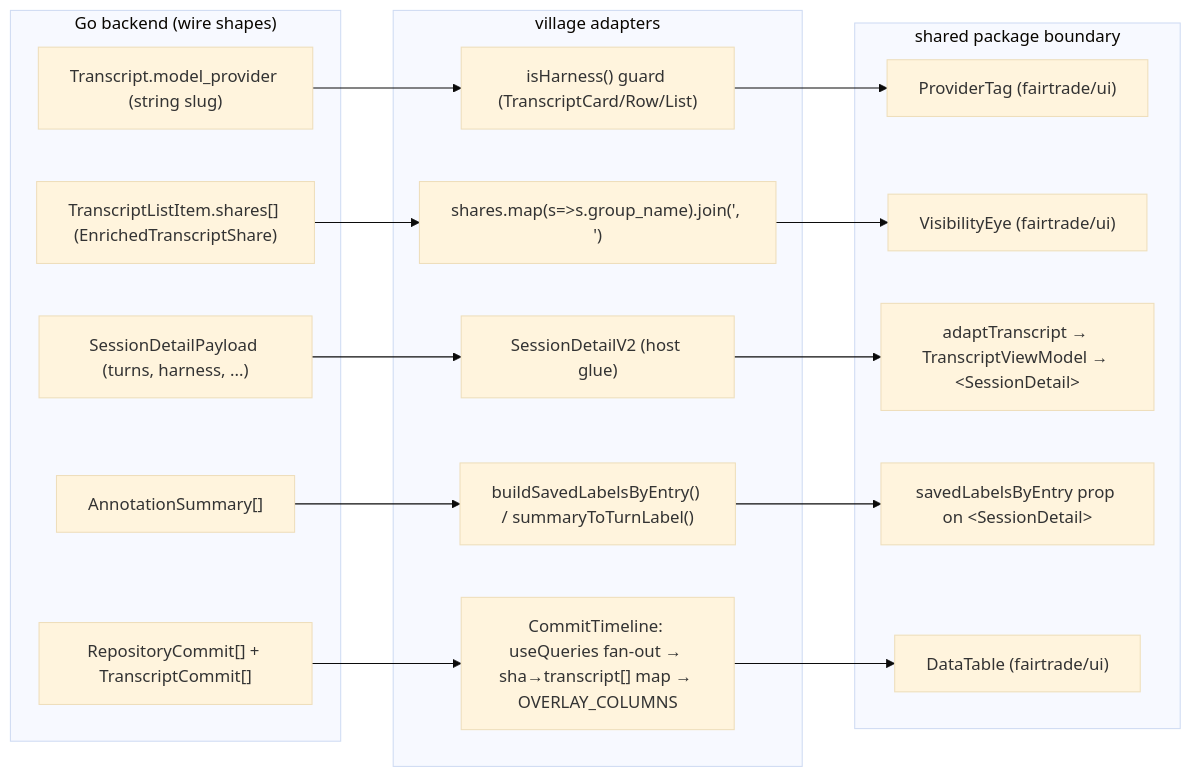
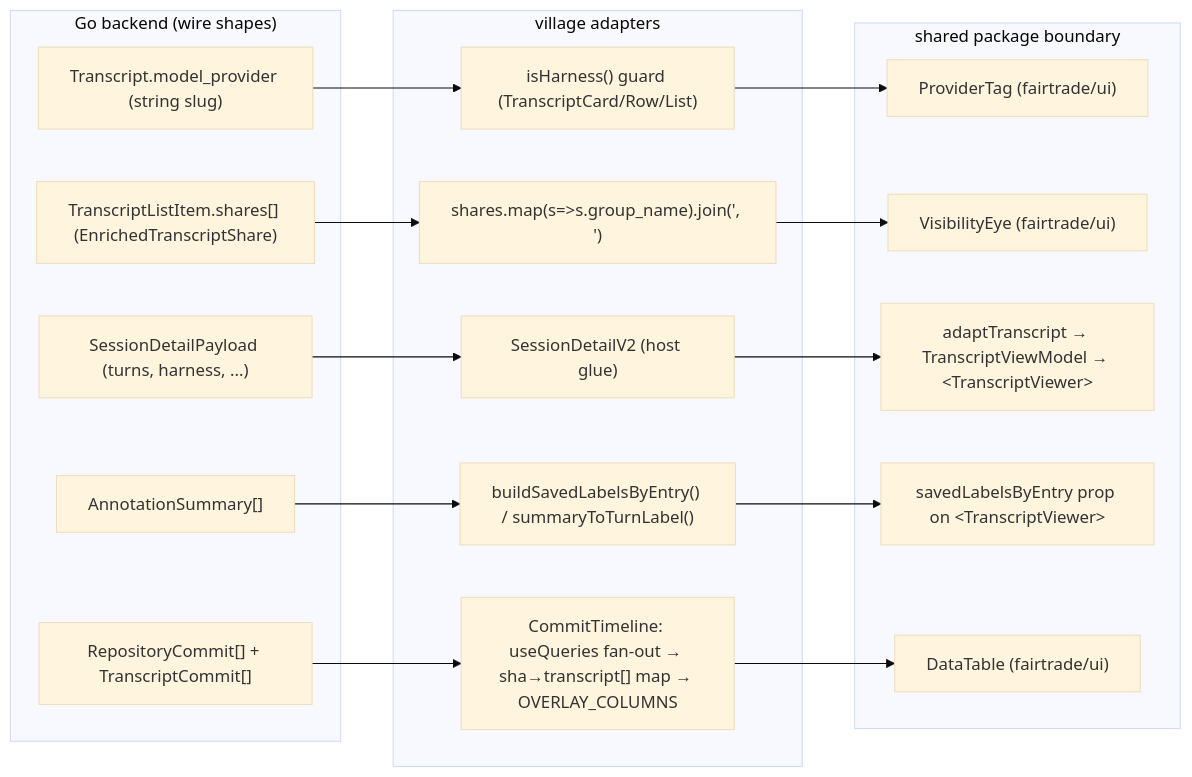
Before and after one commit to peasant-labs/village: the third of 3 diagrams in frontend/docs/data-binding.md, drawn with Mermaid (base theme). The commit also changed other lines of this file and 22 other files, not shown here.

First line of the commit message:
refactor(frontend): import the transcript graph and TurnLabel from fairtrade 0.0.18 (#77)

````diff
--- a/frontend/docs/data-binding.md
+++ b/frontend/docs/data-binding.md
@@ -150,32 +153,32 @@
 ```mermaid
 flowchart LR
   subgraph be["Go backend (wire shapes)"]
     w1["Transcript.model_provider (string slug)"]
     w2["TranscriptListItem.shares[] (EnrichedTranscriptShare)"]
     w3["SessionDetailPayload (turns, harness, ...)"]
     w4["AnnotationSummary[]"]
     w5["RepositoryCommit[] + TranscriptCommit[]"]
   end
 
   subgraph village["village adapters"]
     a1["isHarness() guard (TranscriptCard/Row/List)"]
     a2["shares.map(s=>s.group_name).join(', ')"]
     a3["SessionDetailV2 (host glue)"]
     a4["buildSavedLabelsByEntry() / summaryToTurnLabel()"]
     a5["CommitTimeline: useQueries fan-out → sha→transcript[] map → OVERLAY_COLUMNS"]
   end
 
   subgraph shared["shared package boundary"]
     p1["ProviderTag (fairtrade/ui)"]
     p2["VisibilityEye (fairtrade/ui)"]
-    p3["adaptTranscript → TranscriptViewModel → &lt;SessionDetail&gt;"]
-    p4["savedLabelsByEntry prop on &lt;SessionDetail&gt;"]
+    p3["adaptTranscript → TranscriptViewModel → &lt;TranscriptViewer&gt;"]
+    p4["savedLabelsByEntry prop on &lt;TranscriptViewer&gt;"]
     p5["DataTable (fairtrade/ui)"]
   end
 
   w1 --> a1 --> p1
   w2 --> a2 --> p2
   w3 --> a3 --> p3
   w4 --> a4 --> p4
   w5 --> a5 --> p5
 ```
````
